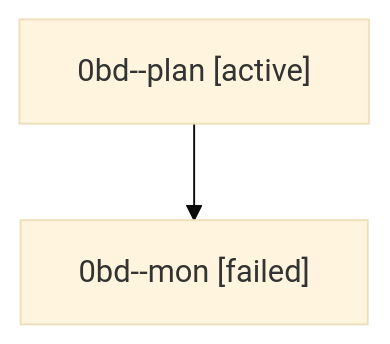
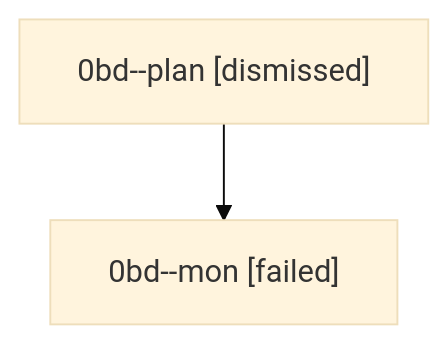
The diagram in sessions/bbugyi200.athena.0bd.md (sase-org/sase--agents), drawn with Mermaid (base theme) before and after one commit. The commit also changed other lines of this file and 24 other files, not shown here.

````diff
--- a/sessions/bbugyi200.athena.0bd.md
+++ b/sessions/bbugyi200.athena.0bd.md
@@ -9,6 +9,6 @@
 ```mermaid
 flowchart TD
-  n0["0bd--plan [active]"]
+  n0["0bd--plan [dismissed]"]
   n1["0bd--mon [failed]"]
   n0 --> n1
 ```
````
